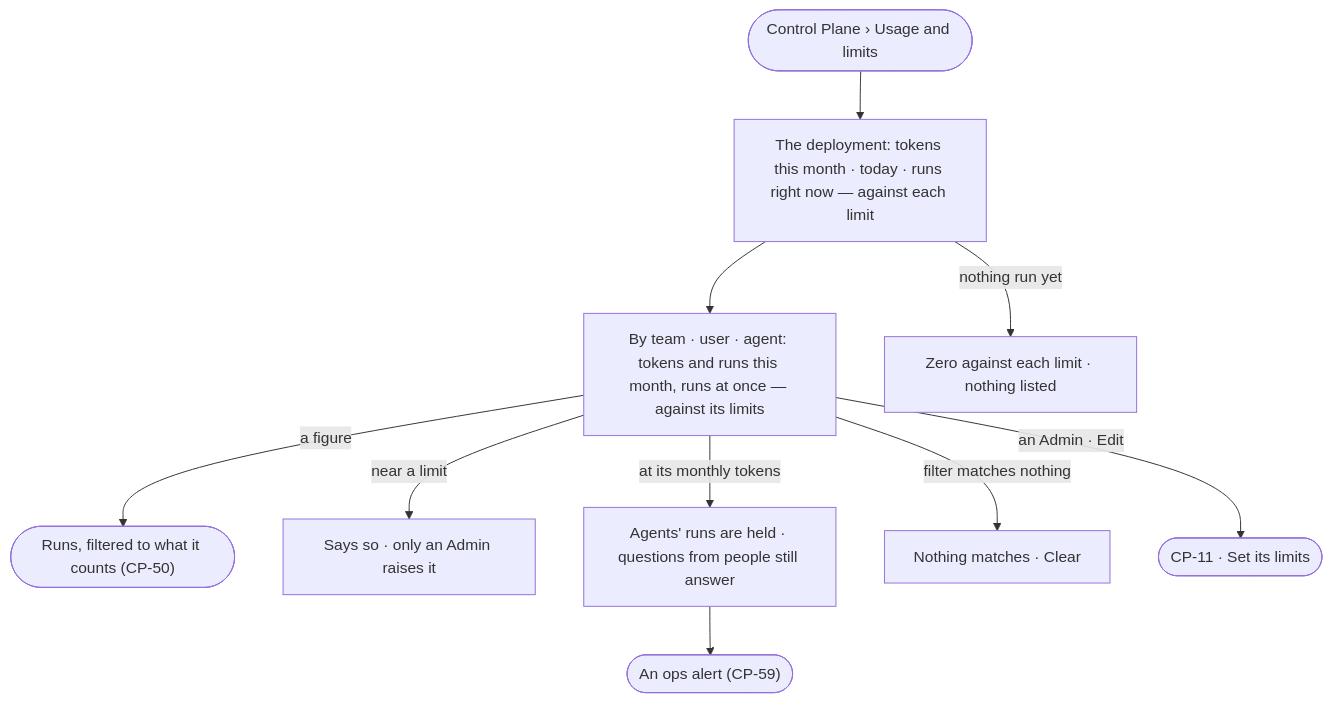
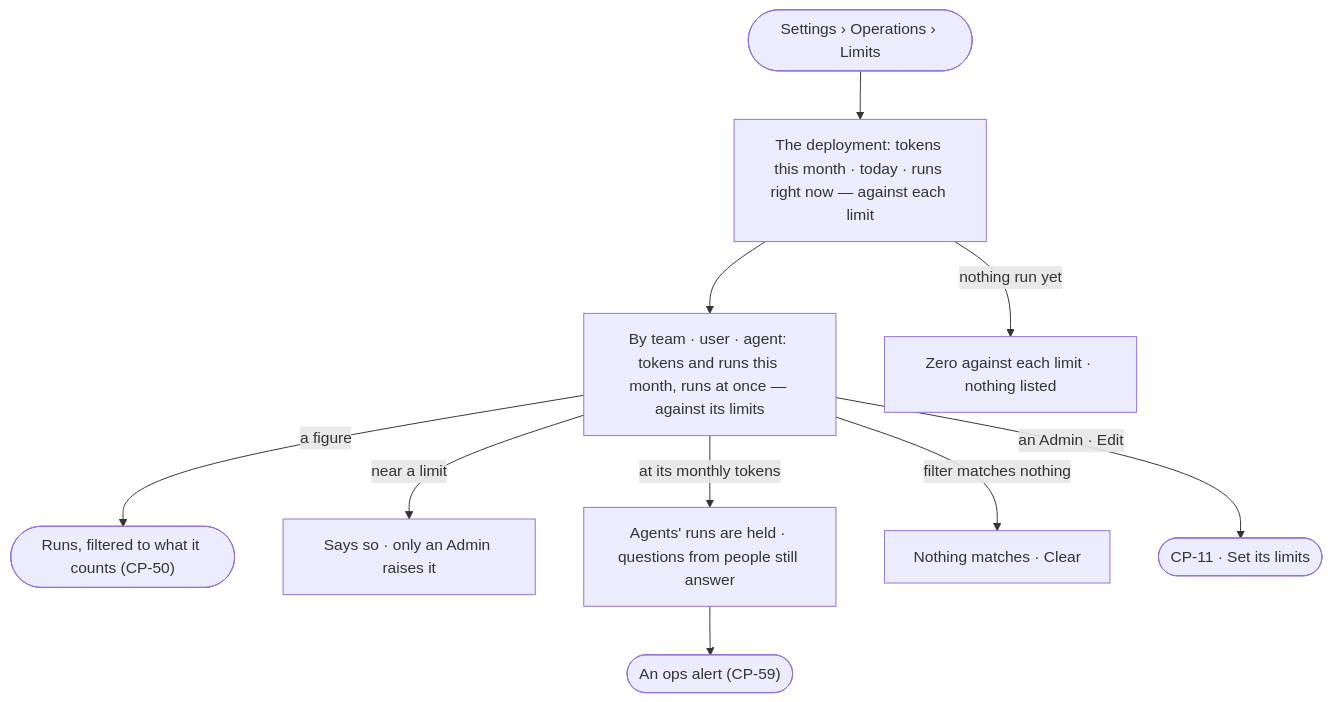
The diagram in specs/os/control/features/CP-F04-limits/stories/CP-34-read-what-each-team-user-and-agent-spends-against-its-limits/story.md (invana/invana), drawn with Mermaid before and after one commit. The commit also changed 106 other files, not shown here.

````diff
--- a/specs/os/control/features/CP-F04-limits/stories/CP-34-read-what-each-team-user-and-agent-spends-against-its-limits/story.md
+++ b/specs/os/control/features/CP-F04-limits/stories/CP-34-read-what-each-team-user-and-agent-spends-against-its-limits/story.md
@@ -26,12 +26,12 @@
 ```mermaid
 flowchart TD
-  s([Control Plane › Usage and limits]) --> m["The deployment: tokens this month · today · runs right now — against each limit"]
+  s([Settings › Operations › Limits]) --> m["The deployment: tokens this month · today · runs right now — against each limit"]
   m --> by["By team · user · agent: tokens and runs this month, runs at once — against its limits"]
   by -->|a figure| runs(["Runs, filtered to what it counts (CP-50)"])
   by -->|near a limit| nl["Says so · only an Admin raises it"]
   by -->|at its monthly tokens| at["Agents' runs are held · questions from people still answer"]
   at --> al(["An ops alert (CP-59)"])
   m -->|nothing run yet| z["Zero against each limit · nothing listed"]
   by -->|filter matches nothing| f["Nothing matches · Clear"]
   by -->|an Admin · Edit| lim(["CP-11 · Set its limits"])
 ```
````
